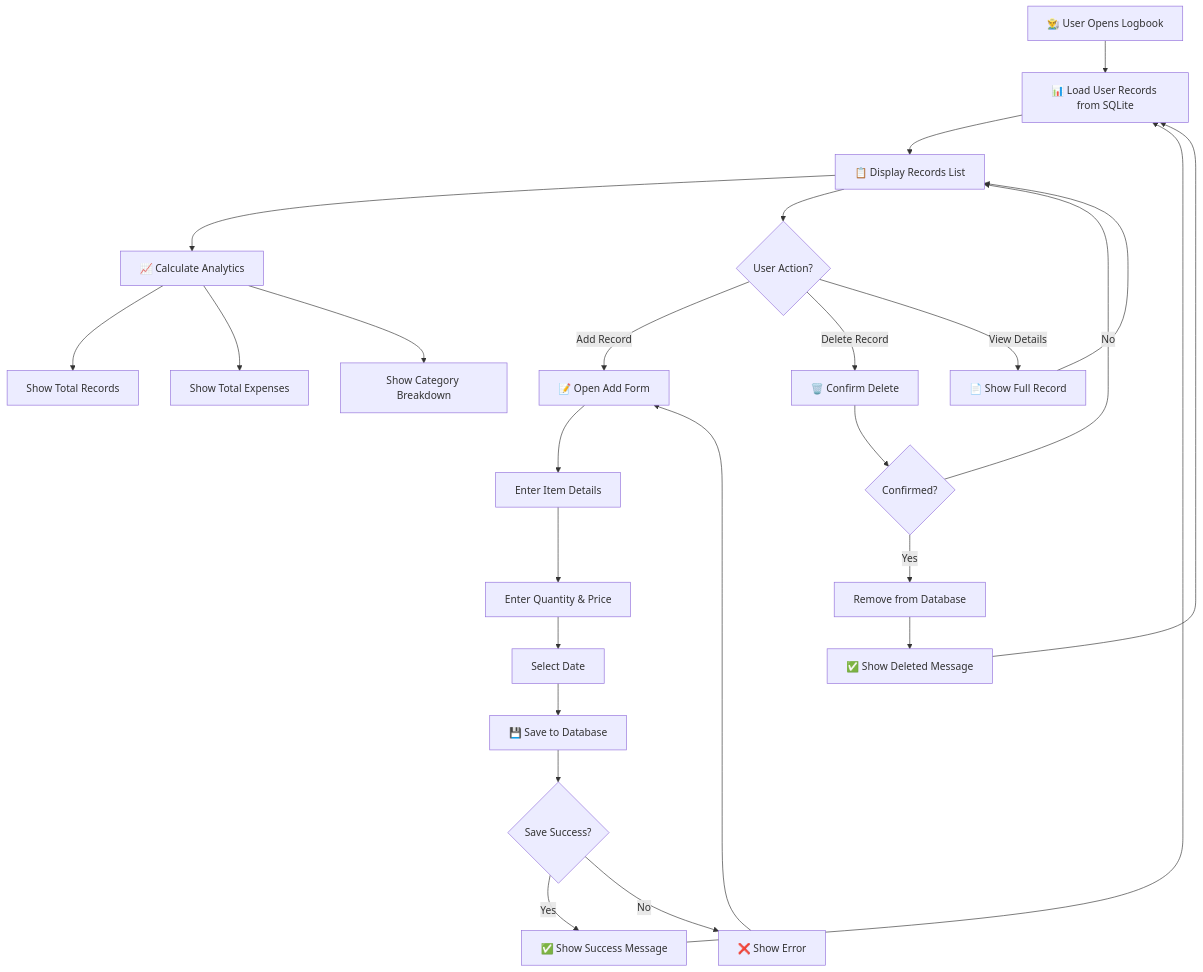
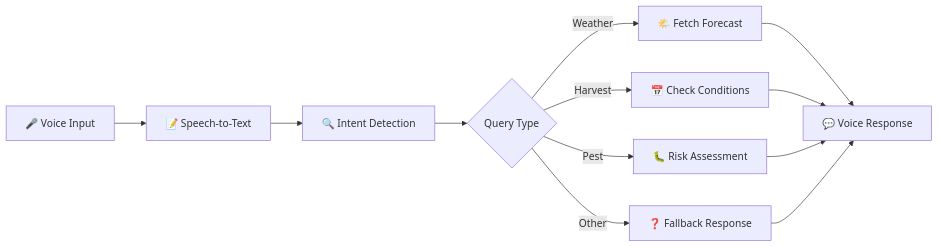
The third of 3 diagrams in README.md (dharanishvijayakumar7-lgtm/cropPilot), drawn with Mermaid before and after one commit. The commit also changed other lines of this file and 3 other files, not shown here.

````diff
--- a/README.md
+++ b/README.md
@@ -434,33 +90,14 @@
 ```mermaid
-flowchart TD
-    A[👨‍🌾 User Opens Logbook] --> B[📊 Load User Records from SQLite]
-    B --> C[📋 Display Records List]
-    C --> D[📈 Calculate Analytics]
-    
-    D --> E[Show Total Records]
-    D --> F[Show Total Expenses]
-    D --> G[Show Category Breakdown]
-    
-    C --> H{User Action?}
-    
-    H -->|Add Record| I[📝 Open Add Form]
-    I --> J[Enter Item Details]
-    J --> K[Enter Quantity & Price]
-    K --> L[Select Date]
-    L --> M[💾 Save to Database]
-    M --> N{Save Success?}
-    N -->|Yes| O[✅ Show Success Message]
-    N -->|No| P[❌ Show Error]
-    O --> B
-    P --> I
-    
-    H -->|Delete Record| Q[🗑️ Confirm Delete]
-    Q --> R{Confirmed?}
-    R -->|Yes| S[Remove from Database]
-    R -->|No| C
-    S --> T[✅ Show Deleted Message]
-    T --> B
-    
-    H -->|View Details| U[📄 Show Full Record]
-    U --> C
+flowchart LR
+    A[🎤 Voice Input] --> B[📝 Speech-to-Text]
+    B --> C[🔍 Intent Detection]
+    C --> D{Query Type}
+    D -->|Weather| E[🌤️ Fetch Forecast]
+    D -->|Harvest| F[📅 Check Conditions]
+    D -->|Pest| G[🐛 Risk Assessment]
+    D -->|Other| H[❓ Fallback Response]
+    E --> I[💬 Voice Response]
+    F --> I
+    G --> I
+    H --> I
 ```
````
